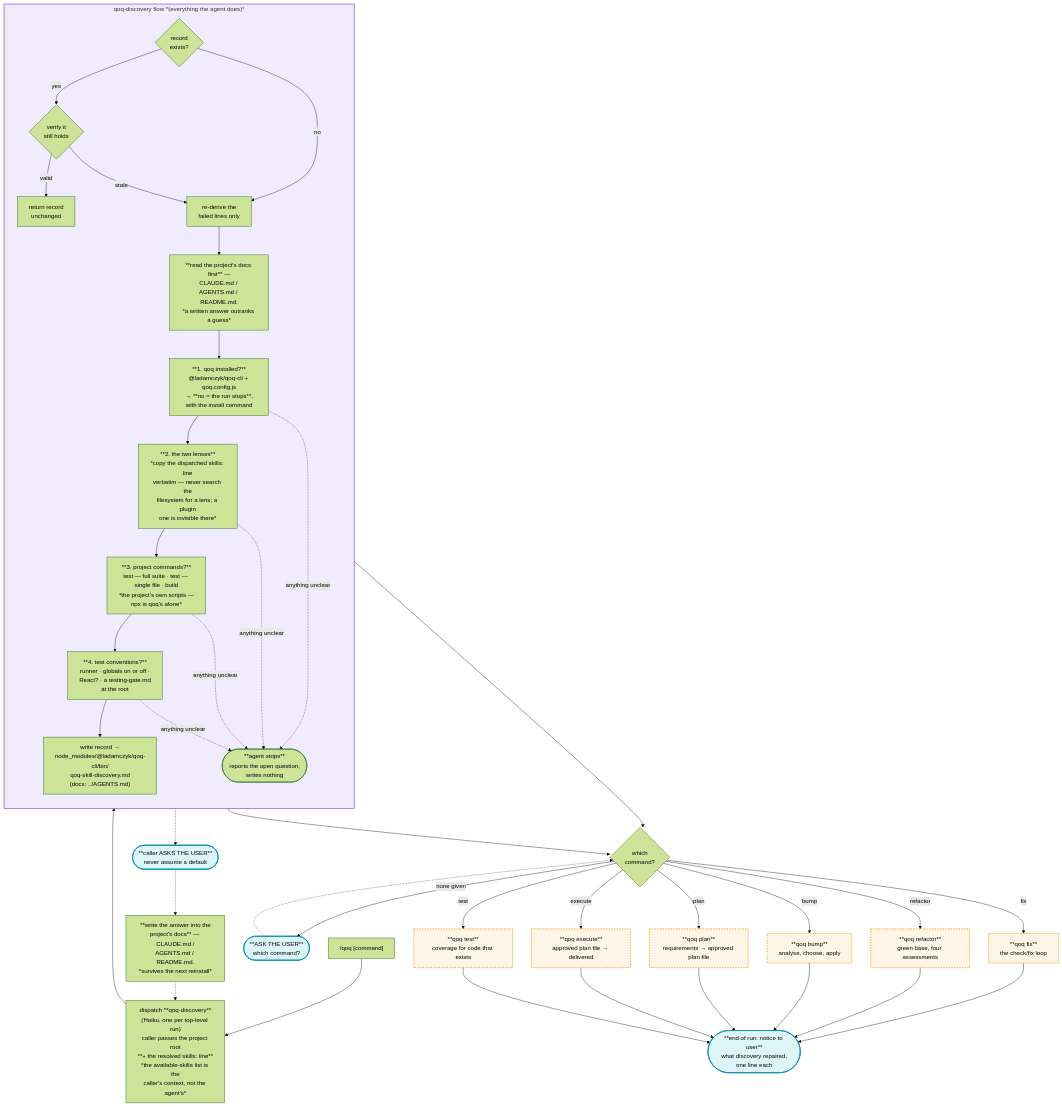
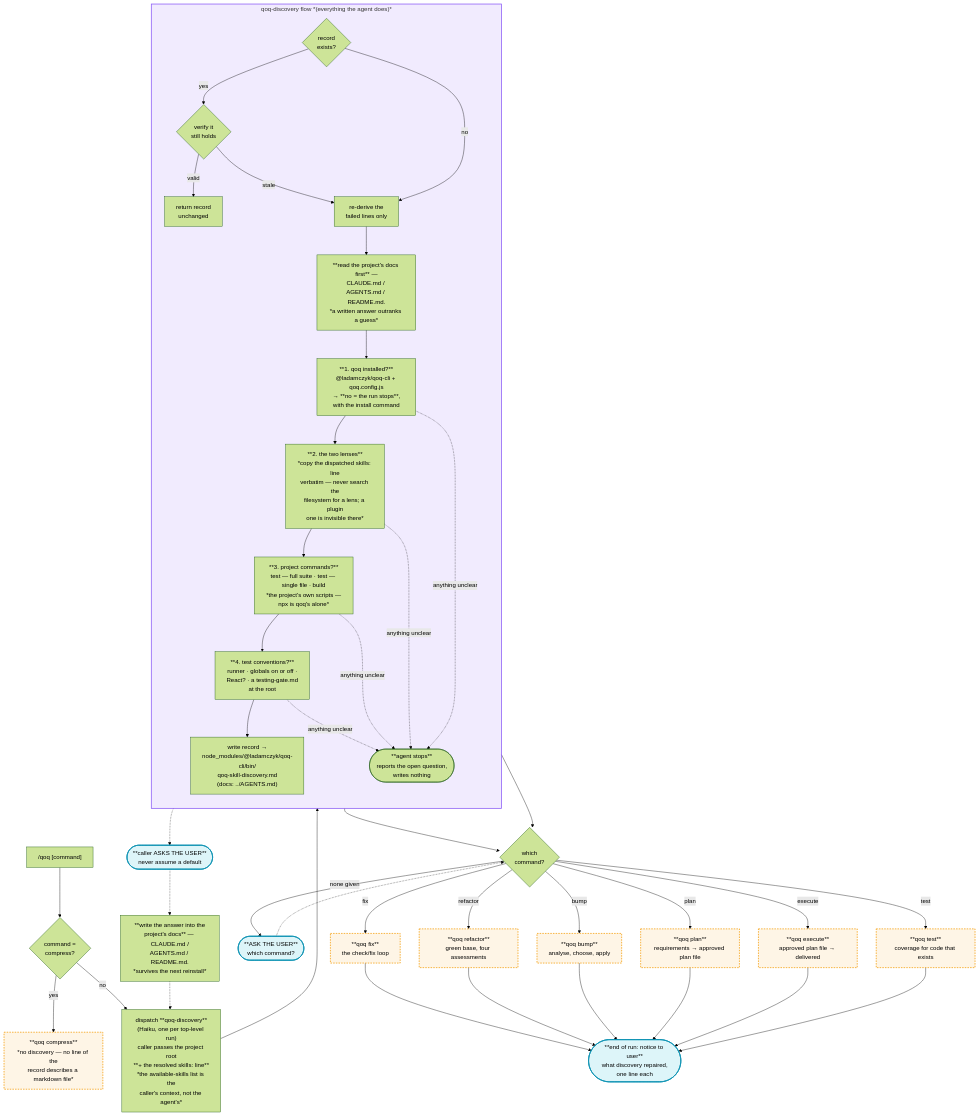
One commit to ladamczyk-it/qoq changed the first of 9 diagrams in docs/qoq-workflows.md. Above: the diagram before and after it, drawn with Mermaid (forest theme). The commit also changed other lines of this file and 47 other files, not shown here.

Commit message:
fix: bump packages + qoq skill compress command

````diff
--- a/docs/qoq-workflows.md
+++ b/docs/qoq-workflows.md
@@ -40,63 +41,65 @@
 ```mermaid
 flowchart TD
-    Q["/qoq [command]"] --> DISP
+    Q["/qoq [command]"] --> ISC{"command =<br/>compress?"}
+    ISC -->|"yes"| RCOMP["**qoq compress**<br/>*no discovery — no line of the<br/>record describes a markdown file*"]
+    ISC -->|"no"| DISP
 
     DISP["dispatch **qoq-discovery**<br/>(Haiku, one per top-level run)<br/>caller passes the project root<br/>**+ the resolved skills: line**<br/>*the available-skills list is the<br/>caller's context, not the agent's*"]
 
     subgraph DISCO["qoq-discovery flow *(everything the agent does)*"]
         direction TB
         HAS{"record<br/>exists?"}
         HAS -->|yes| VER{"verify it<br/>still holds"}
         VER -->|valid| DONE["return record<br/>unchanged"]
         VER -->|stale| D0["re-derive the<br/>failed lines only"]
         HAS -->|no| D0
 
         D0 --> DOCS["**read the project's docs first** —<br/>CLAUDE.md / AGENTS.md / README.md.<br/>*a written answer outranks a guess*"]
         DOCS --> D1["**1. qoq installed?**<br/>@ladamczyk/qoq-cli + qoq.config.js<br/>→ **no = the run stops**,<br/>with the install command"]
         D1 --> D2["**2. the two lenses**<br/>*copy the dispatched skills: line<br/>verbatim — never search the<br/>filesystem for a lens; a plugin<br/>one is invisible there*"]
         D2 --> D3["**3. project commands?**<br/>test — full suite · test — single file · build<br/>*the project's own scripts —<br/>npx is qoq's alone*"]
         D3 --> D4["**4. test conventions?**<br/>runner · globals on or off ·<br/>React? · a testing-gate.md<br/>at the root"]
         D4 --> REC["write record →<br/>node_modules/@ladamczyk/qoq-cli/bin/<br/>qoq-skill-discovery.md<br/>(docs: ../AGENTS.md)"]
 
         BLOCK(["**agent stops**<br/>reports the open question,<br/>writes nothing"])
         D1 -.->|anything unclear| BLOCK
         D2 -.->|anything unclear| BLOCK
         D3 -.->|anything unclear| BLOCK
         D4 -.->|anything unclear| BLOCK
     end
 
     DISP --> HAS
 
     BLOCK -.-> ASK(["**caller ASKS THE USER**<br/>never assume a default"])
     ASK -.-> WRITE["**write the answer into the<br/>project's docs** — CLAUDE.md /<br/>AGENTS.md / README.md.<br/>*survives the next reinstall*"]
     WRITE -.-> DISP
 
     REC --> OPT
     DONE --> OPT
 
     OPT{"which<br/>command?"}
     OPT -->|"none given"| OASK(["**ASK THE USER**<br/>which command?"])
     OASK -.-> OPT
     OPT -->|fix| RFIX["**qoq fix**<br/>the check/fix loop"]
     OPT -->|refactor| RREF["**qoq refactor**<br/>green base, four assessments"]
     OPT -->|bump| RBUMP["**qoq bump**<br/>analyse, choose, apply"]
     OPT -->|plan| RPLAN["**qoq plan**<br/>requirements → approved plan file"]
     OPT -->|execute| REXEC["**qoq execute**<br/>approved plan file → delivered"]
     OPT -->|test| RTEST["**qoq test**<br/>coverage for code that exists"]
 
     RFIX --> NOTE
     RREF --> NOTE
     RBUMP --> NOTE
     RPLAN --> NOTE
     REXEC --> NOTE
     RTEST --> NOTE
     NOTE(["**end of run: notice to user**<br/>what discovery repaired,<br/>one line each"])
 
     classDef agent fill:#8b5cf61f,stroke:#8b5cf6,stroke-width:2px
     classDef command fill:#f59e0b1a,stroke:#f59e0b,stroke-width:2px,stroke-dasharray:4 3
     classDef user fill:#06b6d422,stroke:#0891b2,stroke-width:2px
 
     class DISCO agent
-    class RFIX,RREF,RBUMP,RPLAN,REXEC,RTEST command
+    class RFIX,RREF,RBUMP,RPLAN,REXEC,RTEST,RCOMP command
     class ASK,OASK,NOTE user
 ```
````
